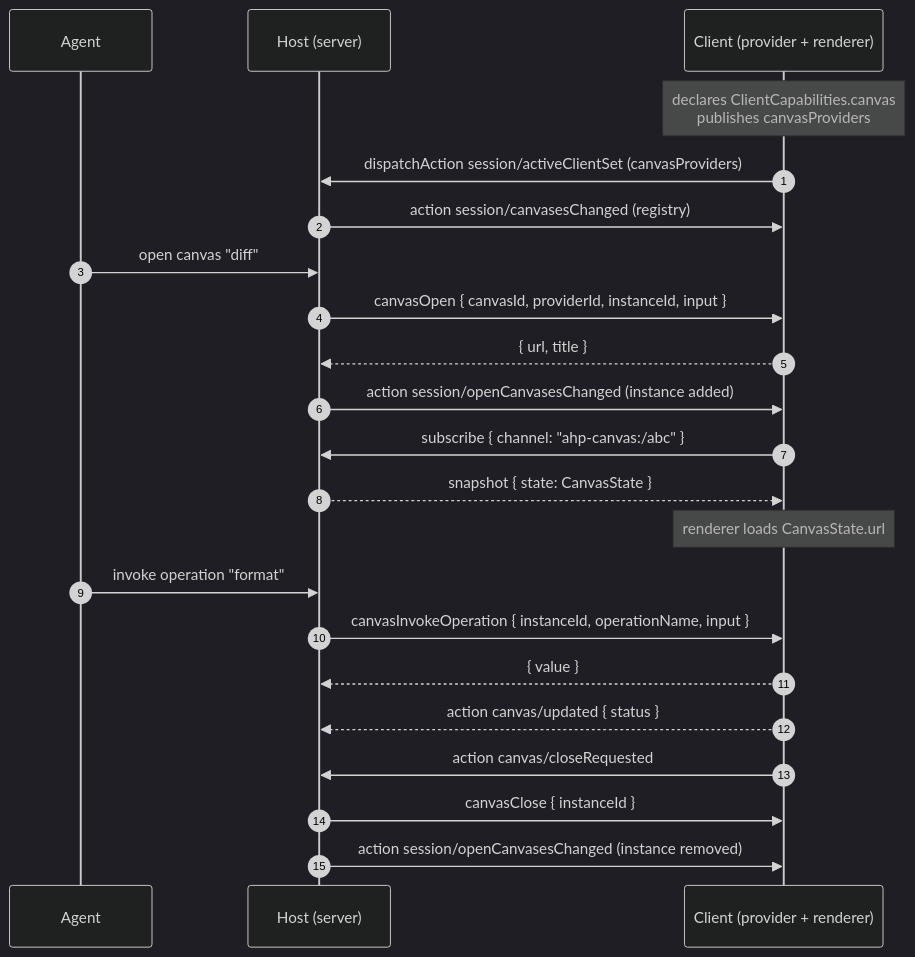
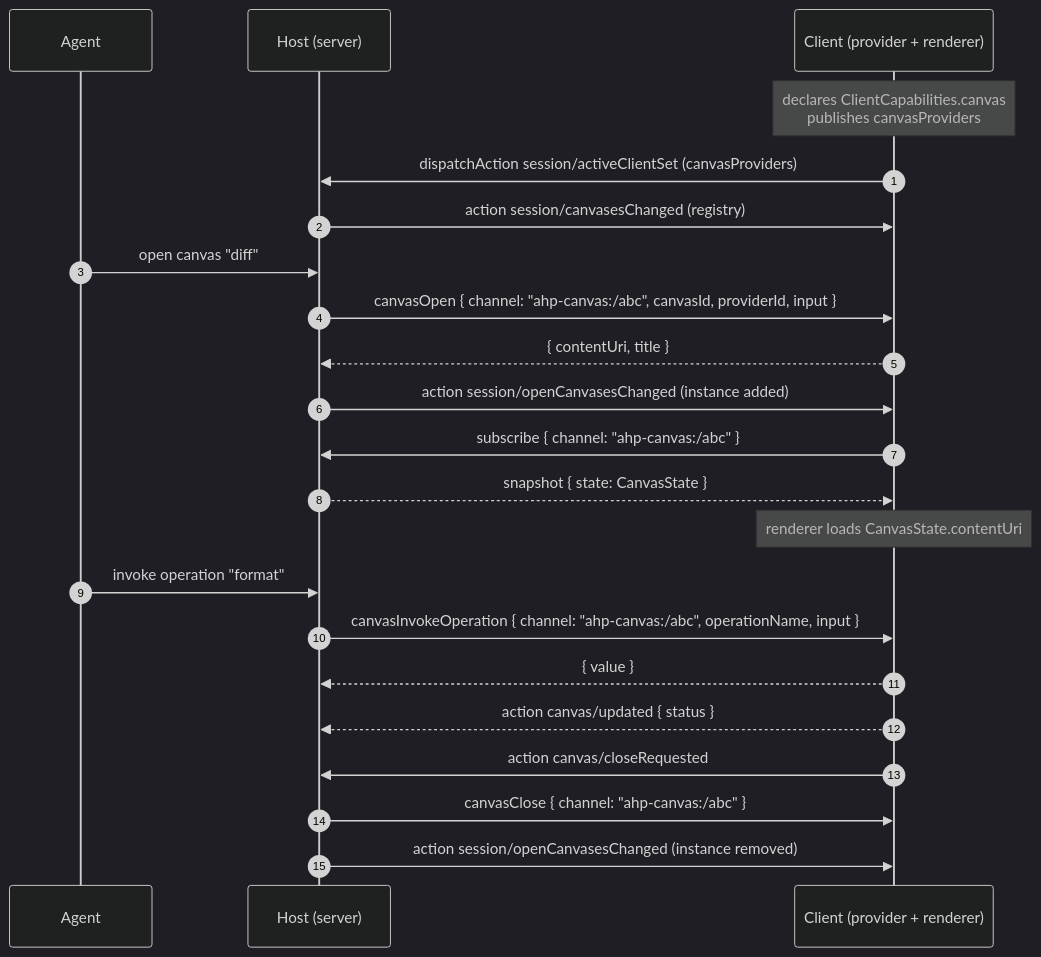
Before and after one commit to microsoft/agent-host-protocol: the diagram in docs/specification/canvas-channel.md, drawn with Mermaid (dark theme). The commit also changed other lines of this file and 34 other files, not shown here.

First line of the commit message:
Canvas review round 2: channel URI = instance identity

````diff
--- a/docs/specification/canvas-channel.md
+++ b/docs/specification/canvas-channel.md
@@ -153,28 +154,28 @@
 ```mermaid
 sequenceDiagram
     autonumber
     participant A as Agent
     participant H as Host (server)
     participant C as Client (provider + renderer)
 
     Note over C: declares ClientCapabilities.canvas<br/>publishes canvasProviders
     C->>H: dispatchAction session/activeClientSet (canvasProviders)
     H->>C: action session/canvasesChanged (registry)
 
     A->>H: open canvas "diff"
-    H->>C: canvasOpen { canvasId, providerId, instanceId, input }
-    C-->>H: { url, title }
+    H->>C: canvasOpen { channel: "ahp-canvas:/abc", canvasId, providerId, input }
+    C-->>H: { contentUri, title }
     H->>C: action session/openCanvasesChanged (instance added)
     C->>H: subscribe { channel: "ahp-canvas:/abc" }
     H-->>C: snapshot { state: CanvasState }
 
-    Note over C: renderer loads CanvasState.url
+    Note over C: renderer loads CanvasState.contentUri
     A->>H: invoke operation "format"
-    H->>C: canvasInvokeOperation { instanceId, operationName, input }
+    H->>C: canvasInvokeOperation { channel: "ahp-canvas:/abc", operationName, input }
     C-->>H: { value }
     C-->>H: action canvas/updated { status }
 
     C->>H: action canvas/closeRequested
-    H->>C: canvasClose { instanceId }
+    H->>C: canvasClose { channel: "ahp-canvas:/abc" }
     H->>C: action session/openCanvasesChanged (instance removed)
 ```
````
